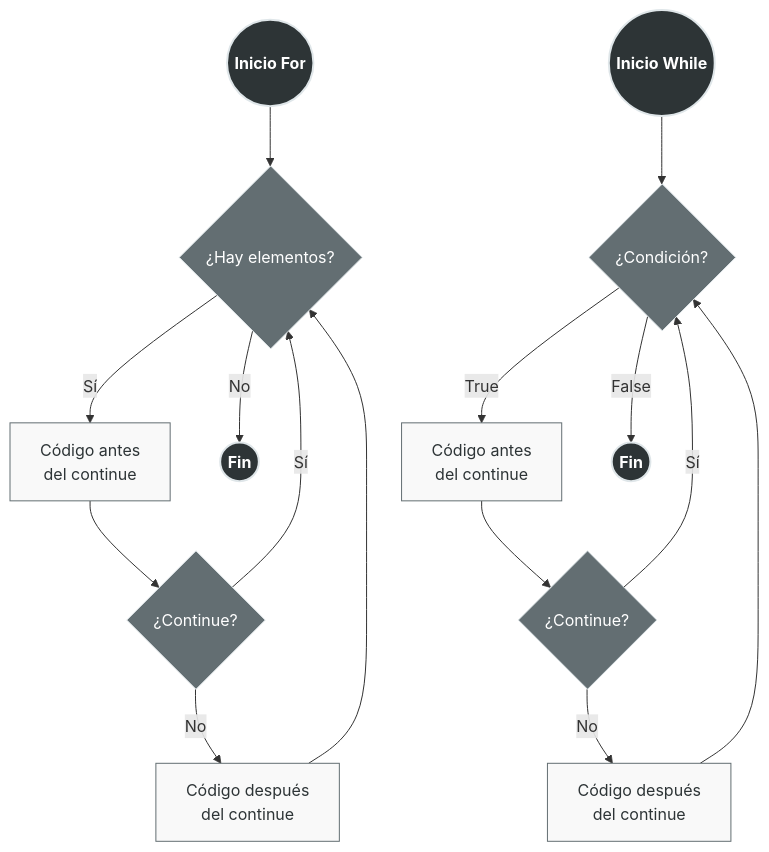
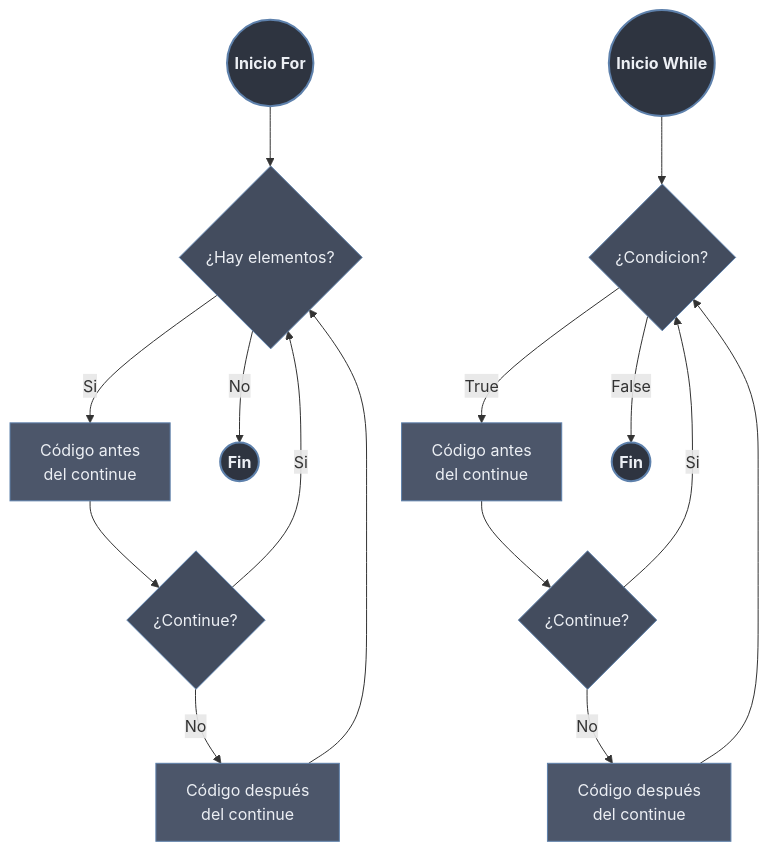
Before and after one commit to Pineapple-Mikael-Engineer/Python_Obsidian: the second of 2 diagrams in 100 Programación Orientada a Procesos/20 Estructuras de Control/03 Control de Flujo.md, drawn with Mermaid. The commit also changed other lines of this file and 9 other files, not shown here.

Commit message:
fix: Arreglar Graficos Mermaid a Estandar

````diff
--- a/100 Programación Orientada a Procesos/20 Estructuras de Control/03 Control de Flujo.md
+++ b/100 Programación Orientada a Procesos/20 Estructuras de Control/03 Control de Flujo.md
@@ -138,32 +140,33 @@
 ```mermaid
 flowchart TD
-    classDef principal fill:#2d3436,stroke:#dfe6e9,stroke-width:2px,color:#fff,font-weight:bold;
-    classDef categoria fill:#636e72,stroke:#dfe6e9,stroke-width:1px,color:#fff;
-    classDef tipo fill:#f9f9f9,stroke:#636e72,stroke-width:1px,color:#2d3436;
-    classDef especial fill:#fab1a0,stroke:#e17055,stroke-width:1px,color:#2d3436;
+    classDef principal fill:#2e3440,stroke:#5e81ac,stroke-width:2px,color:#eceff4,font-weight:bold;
+    classDef categoria fill:#434c5e,stroke:#5e81ac,stroke-width:1px,color:#eceff4;
+    classDef tipo fill:#4c566a,stroke:#5e81ac,stroke-width:1px,color:#eceff4;
+    classDef especial fill:#bf616a,stroke:#5e81ac,stroke-width:1px,color:#eceff4;
 
     Start_For((Inicio For)):::principal --> GetNext_For{¿Hay elementos?}:::categoria
     
-    GetNext_For -- Sí --> CodeBefore_For[Código antes<br/>del continue]:::tipo
+    GetNext_For -- Si --> CodeBefore_For[Código antes<br/>del continue]:::tipo
     CodeBefore_For --> CheckContinue_For{¿Continue?}:::categoria
     
-    CheckContinue_For -- Sí --> GetNext_For
+    CheckContinue_For -- Si --> GetNext_For
     
     CheckContinue_For -- No --> CodeAfter_For[Código después<br/>del continue]:::tipo
     CodeAfter_For --> GetNext_For
     
     GetNext_For -- No --> End_For((Fin)):::principal
 
 
-    Start_While((Inicio While)):::principal --> Cond_While{¿Condición?}:::categoria
+    Start_While((Inicio While)):::principal --> Cond_While{¿Condicion?}:::categoria
     
     Cond_While -- True --> CodeBefore_While[Código antes<br/>del continue]:::tipo
     CodeBefore_While --> CheckContinue_While{¿Continue?}:::categoria
     
-    CheckContinue_While -- Sí --> Cond_While
+    CheckContinue_While -- Si --> Cond_While
     
     CheckContinue_While -- No --> CodeAfter_While[Código después<br/>del continue]:::tipo
     CodeAfter_While --> Cond_While
     
     Cond_While -- False --> End_While((Fin)):::principal
+
 ```
````
